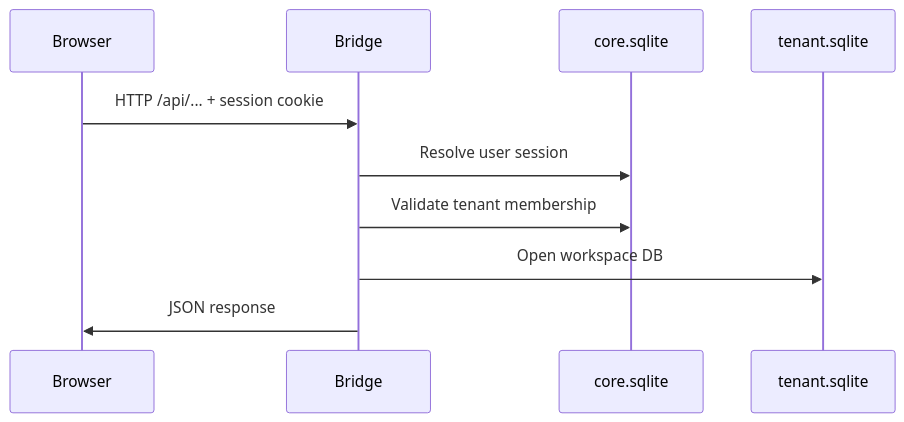
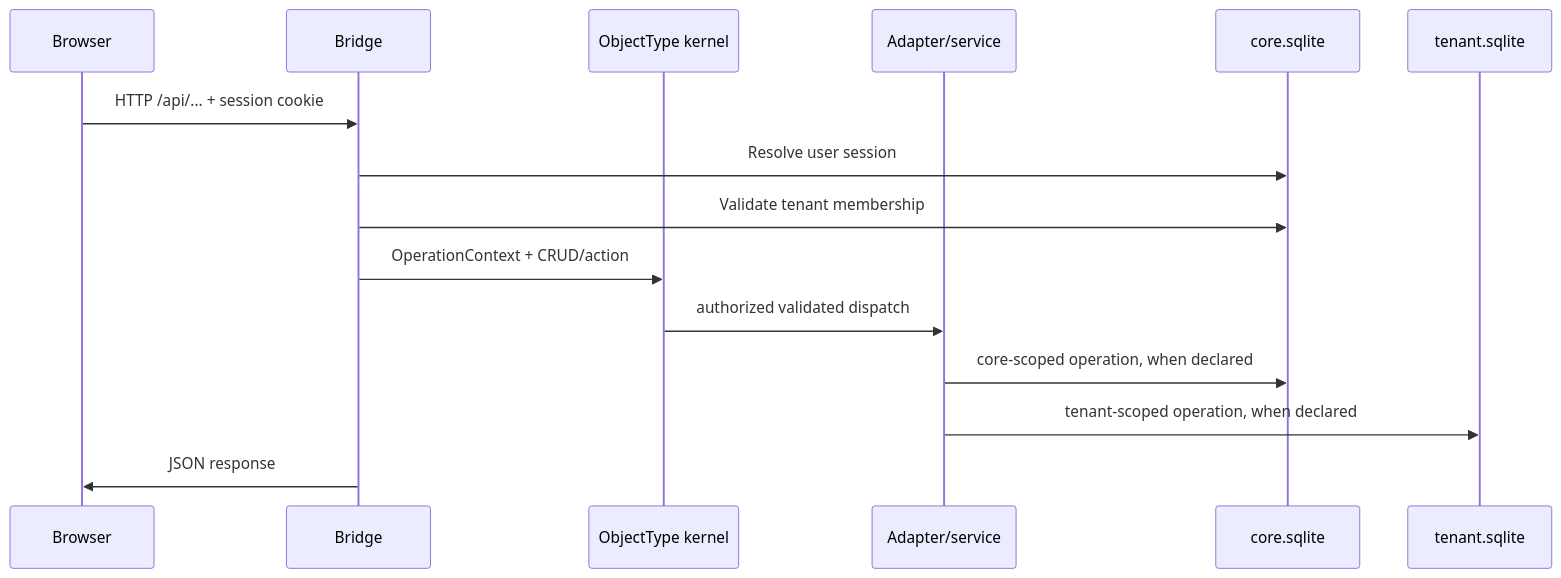
One commit to ReBoticsAI/GodMode changed the third of 4 diagrams in docs/architecture.md. Above: the diagram before and after it, drawn with Mermaid. The commit also changed other lines of this file and 22 other files, not shown here.

First line of the commit message:
Document the ObjectType kernel architecture

````diff
--- a/docs/architecture.md
+++ b/docs/architecture.md
@@ -50,13 +85,18 @@
 ```mermaid
 sequenceDiagram
   participant Browser
   participant Bridge
+  participant Kernel as ObjectType kernel
+  participant Service as Adapter/service
   participant CoreDb as core.sqlite
   participant TenantDb as tenant.sqlite
 
   Browser->>Bridge: HTTP /api/... + session cookie
   Bridge->>CoreDb: Resolve user session
   Bridge->>CoreDb: Validate tenant membership
-  Bridge->>TenantDb: Open workspace DB
+  Bridge->>Kernel: OperationContext + CRUD/action
+  Kernel->>Service: authorized validated dispatch
+  Service->>CoreDb: core-scoped operation, when declared
+  Service->>TenantDb: tenant-scoped operation, when declared
   Bridge->>Browser: JSON response
 ```
````
